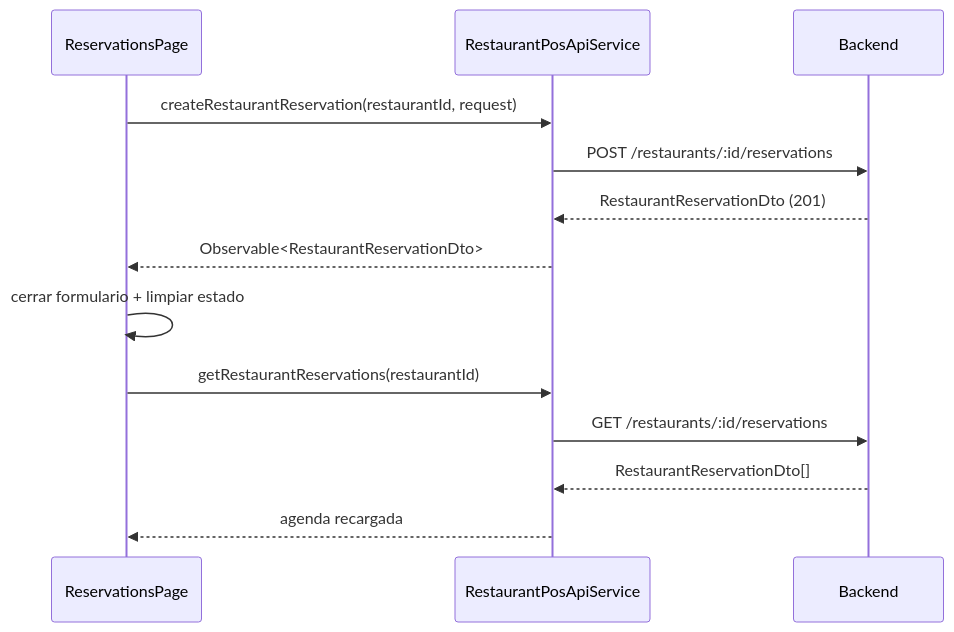
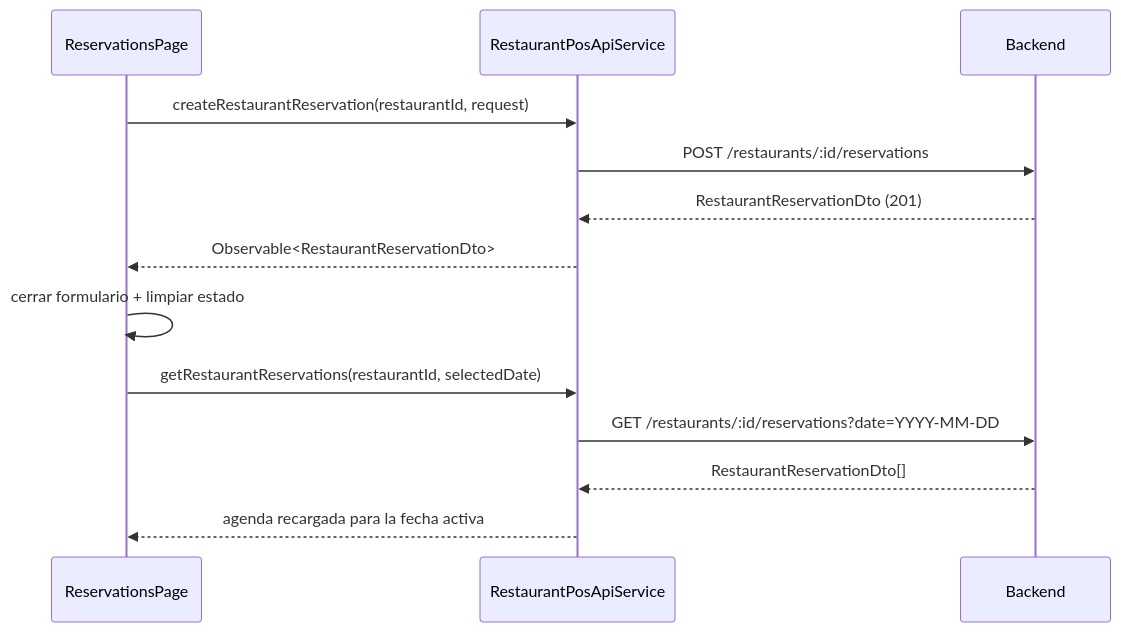
One commit to Programito/fullstack-architecture-lab changed diagram 11 of 11 in frontend/docs/architecture.md. Above: the diagram before and after it, drawn with Mermaid. The commit also changed other lines of this file and 52 other files, not shown here.

First line of the commit message:
feat: add reservations page with full CRUD and date navigator component

````diff
--- a/frontend/docs/architecture.md
+++ b/frontend/docs/architecture.md
@@ -557,16 +578,16 @@
 ```mermaid
 sequenceDiagram
   participant Page as ReservationsPage
   participant API as RestaurantPosApiService
   participant Back as Backend
 
   Page->>API: createRestaurantReservation(restaurantId, request)
   API->>Back: POST /restaurants/:id/reservations
   Back-->>API: RestaurantReservationDto (201)
   API-->>Page: Observable<RestaurantReservationDto>
   Page->>Page: cerrar formulario + limpiar estado
-  Page->>API: getRestaurantReservations(restaurantId)
-  API->>Back: GET /restaurants/:id/reservations
+  Page->>API: getRestaurantReservations(restaurantId, selectedDate)
+  API->>Back: GET /restaurants/:id/reservations?date=YYYY-MM-DD
   Back-->>API: RestaurantReservationDto[]
-  API-->>Page: agenda recargada
+  API-->>Page: agenda recargada para la fecha activa
 ```
````
